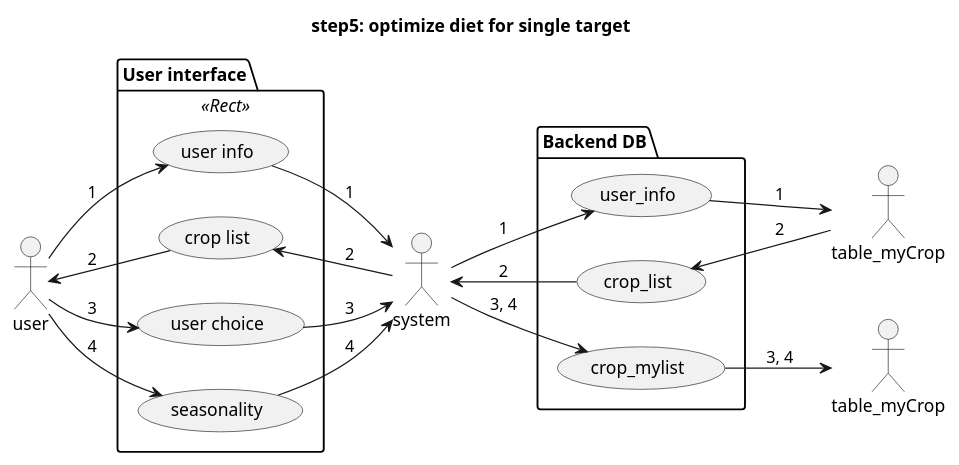
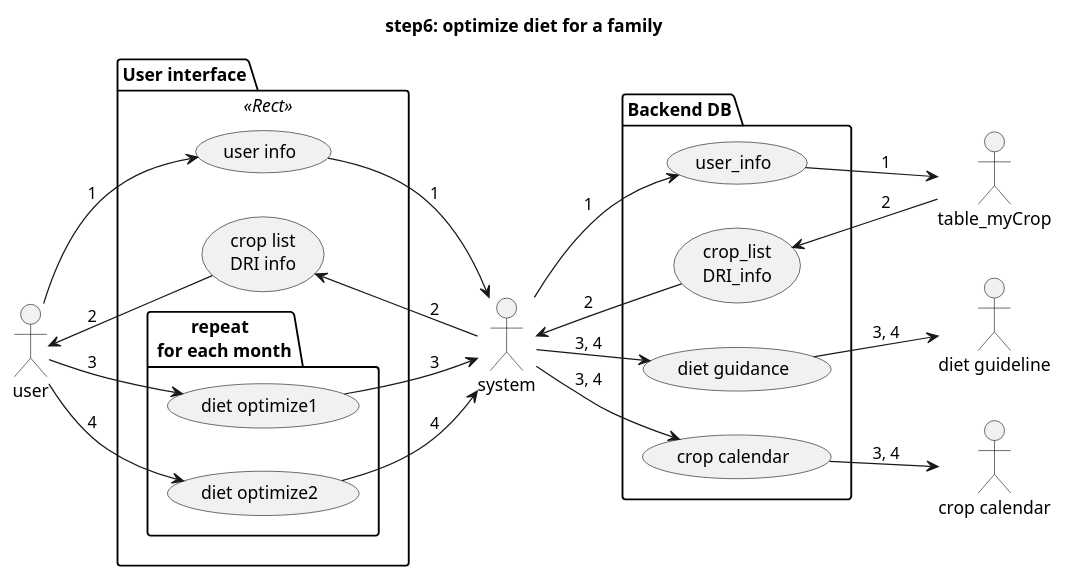
The diagram in myApp/static/ULM/step06.pu (snakada1615/ifna_pwa02), drawn with PlantUML before and after one commit. The commit also changed 19 other files, not shown here.

Commit message:
Add: update UML

```diff
--- a/myApp/static/ULM/step06.pu
+++ b/myApp/static/ULM/step06.pu
@@ -1,32 +1,37 @@
 @startuml
 left to right direction
 
-title step5: optimize diet for single target
+title step6: optimize diet for a family
 
 actor :user: as user
 actor :system: as admin
 actor :table_myCrop: as table1
-actor :table_myCrop: as table2
+actor :diet guideline: as table2
+actor :crop calendar: as table3
 
   package "User interface" <<Rect>> {
       user --> (user info):"1"
       (user info) --> admin:"1"
-      user <-- (crop list):"2"
-      (crop list) <-- admin:"2"
-      user --> (user choice):"3"
-      (user choice) --> admin:"3"
-      user --> (seasonality):"4"
-      (seasonality) --> admin:"4"
+      user <-- (crop list\nDRI info):"2"
+      (crop list\nDRI info) <-- admin:"2"
+      package "repeat \n for each month"{
+      user --> (diet optimize1):"3"
+      (diet optimize1) --> admin:"3"
+      user --> (diet optimize2):"4"
+      (diet optimize2) --> admin:"4"
+    }
   }
 
   package "Backend DB" {
     admin --> (user_info):"1"
     (user_info) --> table1:"1"
-    (crop_list) <-- table1:"2"
-    admin <-- (crop_list):"2"
-    admin --> (crop_mylist):"3, 4"
-    (crop_mylist) --> table2:"3, 4"
+    (crop_list\nDRI_info) <-- table1:"2"
+    admin <-- (crop_list\nDRI_info):"2"
+    admin --> (diet guidance):"3, 4"
+    (diet guidance) --> table2:"3, 4"
+    admin --> (crop calendar):"3, 4"
+    (crop calendar) --> table3:"3, 4"
   }
 
 
 @enduml
```
